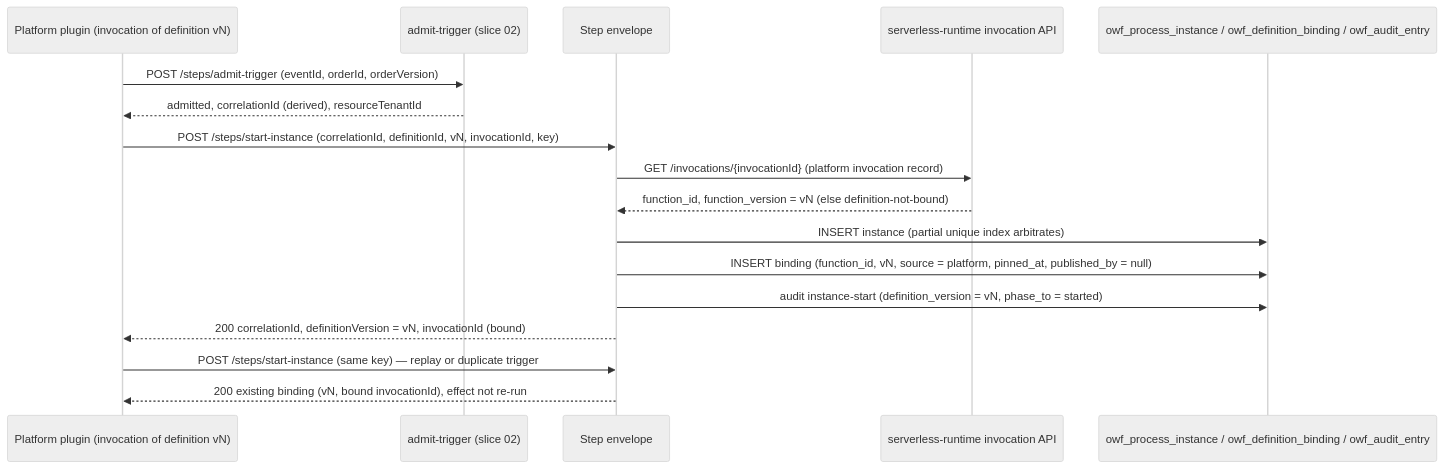
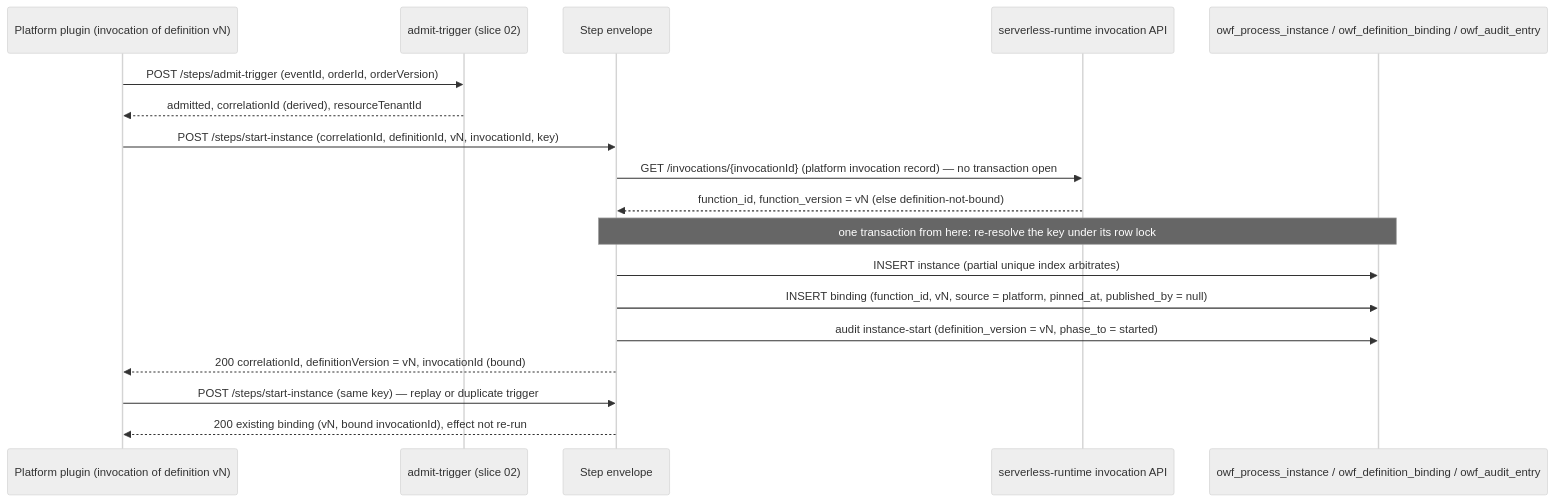
One commit to constructorfabric/gears-rust changed the third of 4 diagrams in gears/bss/orders-workflow/docs/design/01-foundation.md. Above: the diagram before and after it, drawn with Mermaid (neutral theme). The commit also changed other lines of this file and 3 other files, not shown here.

````diff
--- a/gears/bss/orders-workflow/docs/design/01-foundation.md
+++ b/gears/bss/orders-workflow/docs/design/01-foundation.md
@@ -1233,19 +1281,20 @@
 ```mermaid
 sequenceDiagram
     participant PL as Platform plugin (invocation of definition vN)
     participant AT as admit-trigger (slice 02)
     participant SE as Step envelope
     participant RT as serverless-runtime invocation API
     participant DB as owf_process_instance / owf_definition_binding / owf_audit_entry
     PL ->> AT: POST /steps/admit-trigger (eventId, orderId, orderVersion)
     AT -->> PL: admitted, correlationId (derived), resourceTenantId
     PL ->> SE: POST /steps/start-instance (correlationId, definitionId, vN, invocationId, key)
-    SE ->> RT: GET /invocations/{invocationId} (platform invocation record)
+    SE ->> RT: GET /invocations/{invocationId} (platform invocation record) — no transaction open
     RT -->> SE: function_id, function_version = vN (else definition-not-bound)
+    Note over SE,DB: one transaction from here: re-resolve the key under its row lock
     SE ->> DB: INSERT instance (partial unique index arbitrates)
     SE ->> DB: INSERT binding (function_id, vN, source = platform, pinned_at, published_by = null)
     SE ->> DB: audit instance-start (definition_version = vN, phase_to = started)
     SE -->> PL: 200 correlationId, definitionVersion = vN, invocationId (bound)
     PL ->> SE: POST /steps/start-instance (same key) — replay or duplicate trigger
     SE -->> PL: 200 existing binding (vN, bound invocationId), effect not re-run
 ```
````
